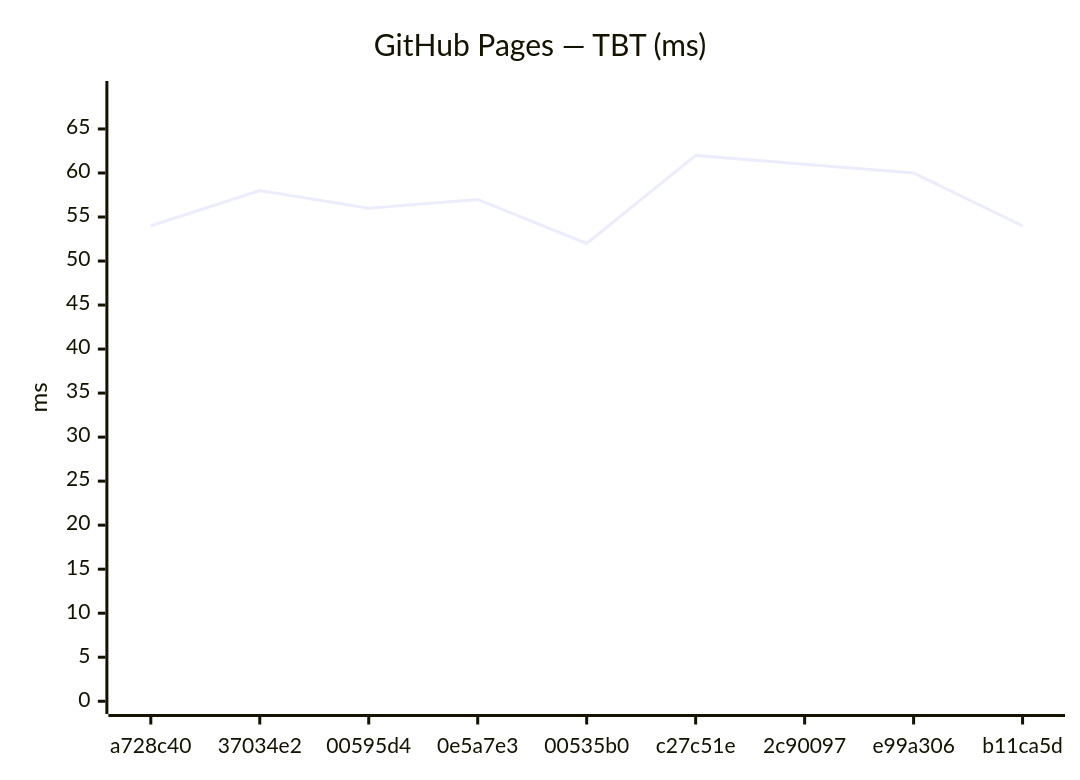
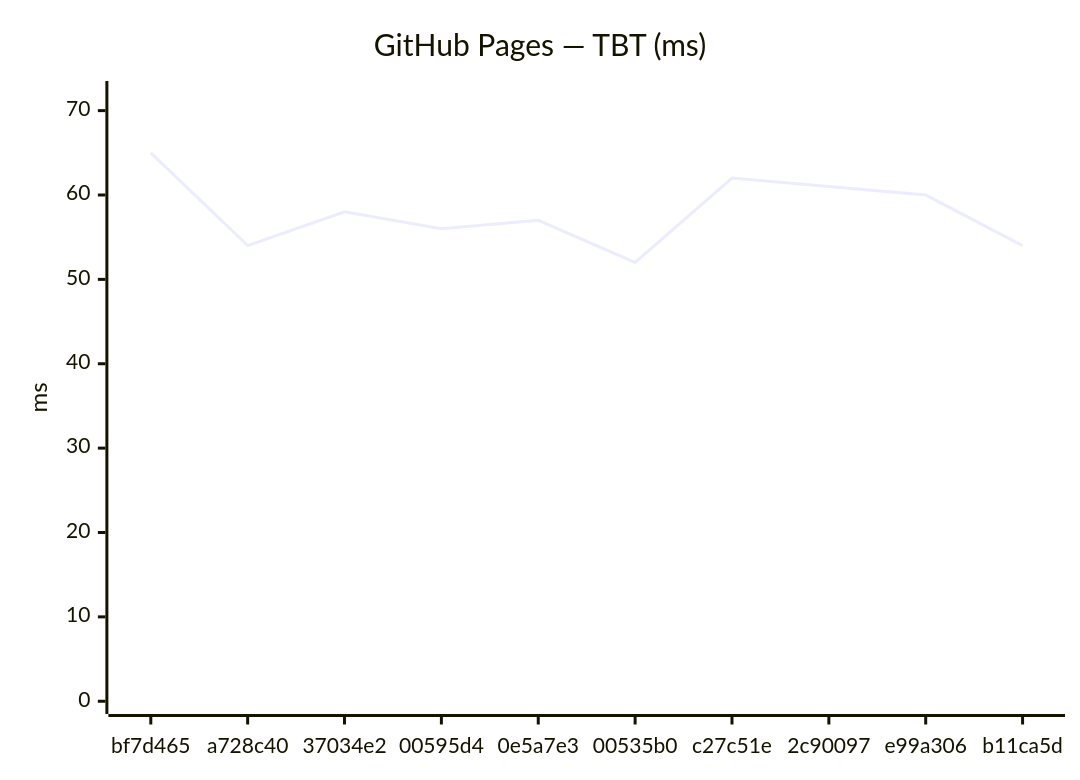
One commit to Metaheurist/Rianell changed the fourth of 24 diagrams in benchmarks/compare.md. Above: the diagram before and after it, drawn with Mermaid. The commit also changed other lines of this file and 12 other files, not shown here.

````diff
--- a/benchmarks/compare.md
+++ b/benchmarks/compare.md
@@ -59,7 +61,7 @@
 ```mermaid
 xychart-beta
     title "GitHub Pages — TBT (ms)"
-    x-axis ["a728c40", "37034e2", "00595d4", "0e5a7e3", "00535b0", "c27c51e", "2c90097", "e99a306", "b11ca5d"]
-    y-axis "ms" 0 --> 69
-    line [54, 58, 56, 57, 52, 62, 61, 60, 54]
+    x-axis ["bf7d465", "a728c40", "37034e2", "00595d4", "0e5a7e3", "00535b0", "c27c51e", "2c90097", "e99a306", "b11ca5d"]
+    y-axis "ms" 0 --> 72
+    line [65, 54, 58, 56, 57, 52, 62, 61, 60, 54]
 ```
````
